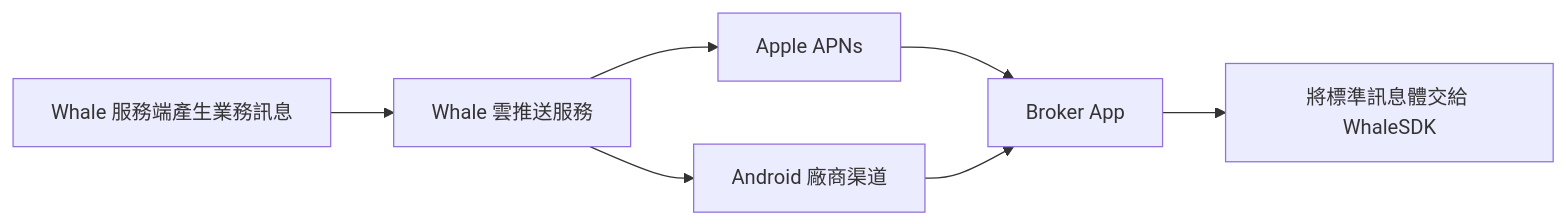
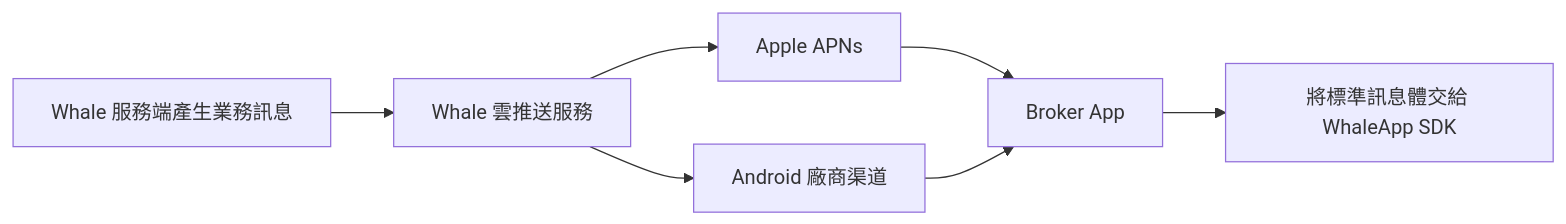
One commit to longbridge/whale-docs changed the first of 2 diagrams in zh-Hant/docs/message-push.mdx. Above: the diagram before and after it, drawn with Mermaid. The commit also changed other lines of this file and 50 other files, not shown here.

Commit message:
docs: define Whale SDK product hierarchy

````diff
--- a/zh-Hant/docs/message-push.mdx
+++ b/zh-Hant/docs/message-push.mdx
@@ -33,9 +33,9 @@
 ```mermaid
 flowchart LR
     A[Whale 服務端產生業務訊息] --> B[Whale 雲推送服務]
     B --> C[Apple APNs]
     B --> D[Android 廠商渠道]
     C --> E[Broker App]
     D --> E
-    E --> F[將標準訊息體交給 WhaleSDK]
+    E --> F[將標準訊息體交給 WhaleApp SDK]
 ```
````
